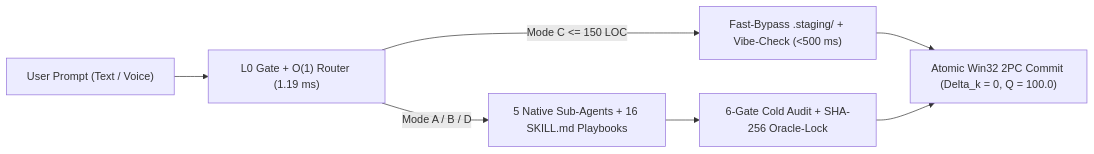
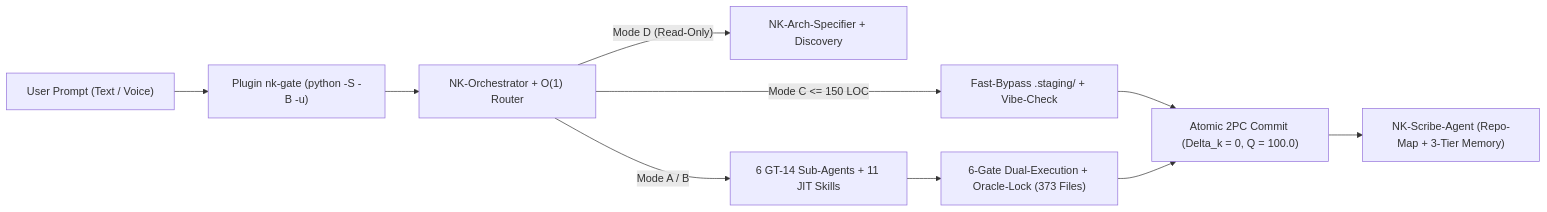
The second of 2 diagrams in .github/README.md (erbaldo86/NK-Hub), drawn with Mermaid before and after one commit. The commit also changed other lines of this file and 436 other files, not shown here.

````diff
--- a/.github/README.md
+++ b/.github/README.md
@@ -357,9 +380,12 @@
 ```mermaid
 flowchart LR
-    U["User Prompt (Text / Voice)"] --> R["L0 Gate + O(1) Router (1.19 ms)"]
-    R -->|"Mode C <= 150 LOC"| FB["Fast-Bypass .staging/ + Vibe-Check (<500 ms)"]
-    R -->|"Mode A / B / D"| S["5 Native Sub-Agents + 16 SKILL.md Playbooks"]
-    FB --> C["Atomic Win32 2PC Commit (Delta_k = 0, Q = 100.0)"]
-    S --> A["6-Gate Cold Audit + SHA-256 Oracle-Lock"]
-    A --> C
+    U["User Prompt (Text / Voice)"] --> HG["Plugin nk-gate (python -S -B -u)"]
+    HG --> R["NK-Orchestrator + O(1) Router"]
+    R -->|"Mode D (Read-Only)"| RO["NK-Arch-Specifier + Discovery"]
+    R -->|"Mode C <= 150 LOC"| FB["Fast-Bypass .staging/ + Vibe-Check"]
+    R -->|"Mode A / B"| SW["6 GT-14 Sub-Agents + 11 JIT Skills"]
+    SW --> AU["6-Gate Dual-Execution + Oracle-Lock (373 Files)"]
+    FB --> TPC["Atomic 2PC Commit (Delta_k = 0, Q = 100.0)"]
+    AU --> TPC
+    TPC --> SCR["NK-Scribe-Agent (Repo-Map + 3-Tier Memory)"]
 ```
````
